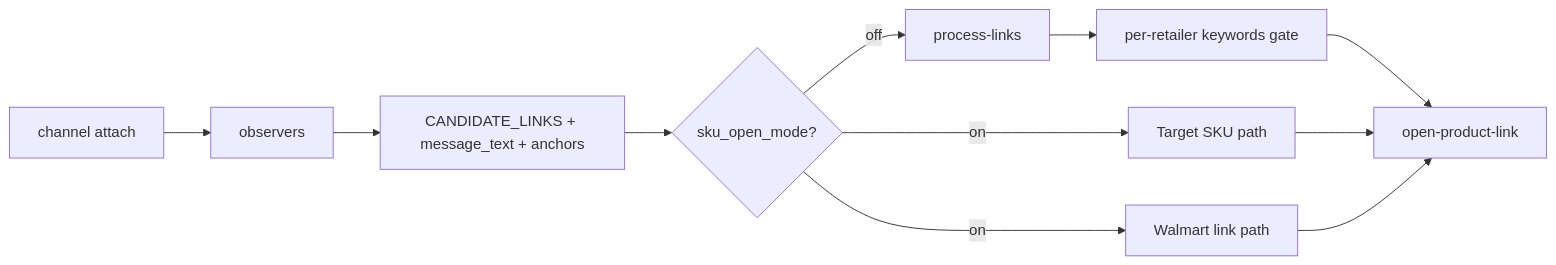
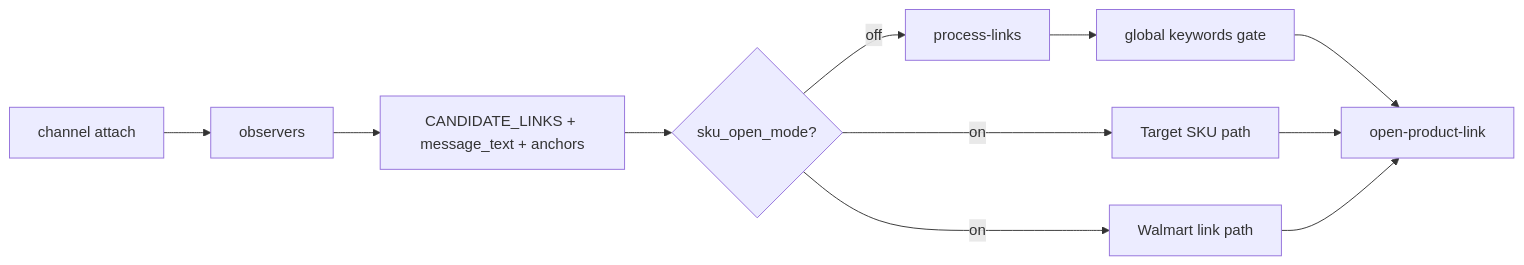
The diagram in extension/domains/discord/AGENTS.md (Quarks-1/CookieScripts), drawn with Mermaid before and after one commit. The commit also changed other lines of this file and 31 other files, not shown here.

Commit message:
Move Discord watch keywords, SKUs, and Auto ATC to global settings so they can be configured from any page.

````diff
--- a/extension/domains/discord/AGENTS.md
+++ b/extension/domains/discord/AGENTS.md
@@ -18,13 +18,13 @@
 ```mermaid
 flowchart LR
   attach[channel attach] --> observer[observers]
   observer --> candidates[CANDIDATE_LINKS + message_text + anchors]
   candidates --> mode{sku_open_mode?}
   mode -->|off| processLinks[process-links]
-  processLinks --> keywordGate[per-retailer keywords gate]
+  processLinks --> keywordGate[global keywords gate]
   mode -->|on| targetSku[Target SKU path]
   mode -->|on| walmartLinks[Walmart link path]
   keywordGate --> openTab[open-product-link]
   targetSku --> openTab
   walmartLinks --> openTab
 ```
````
